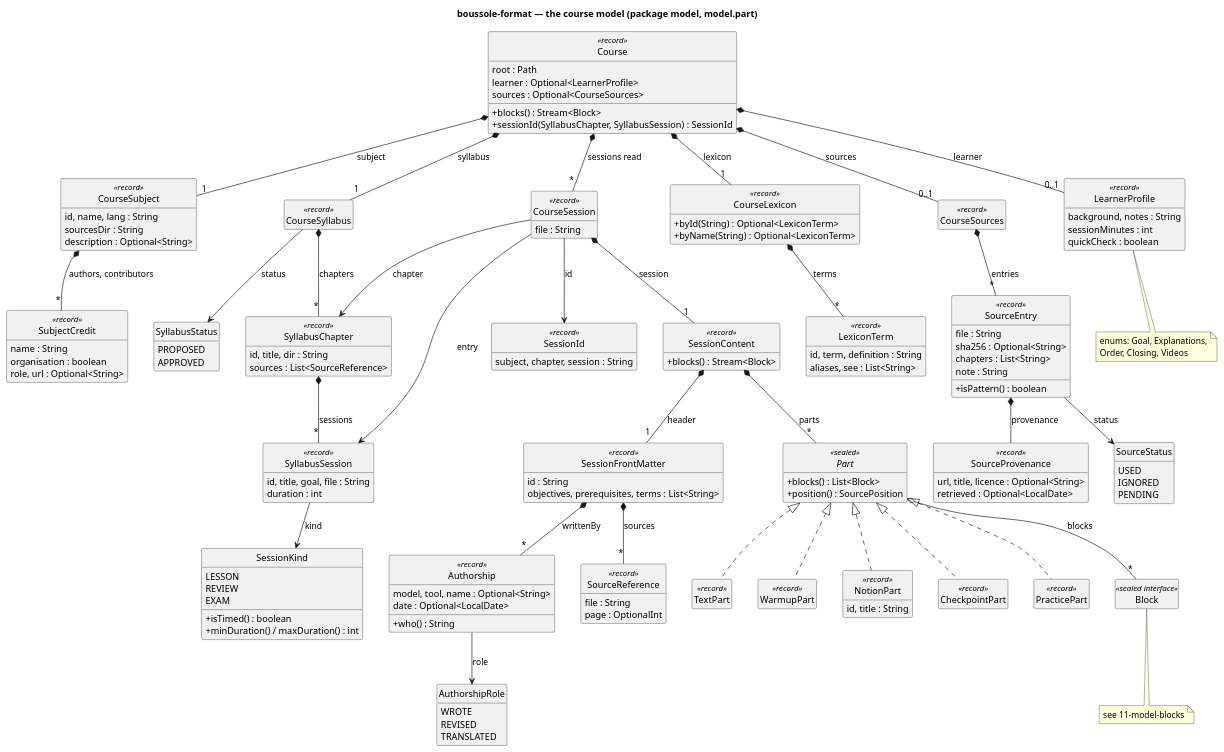
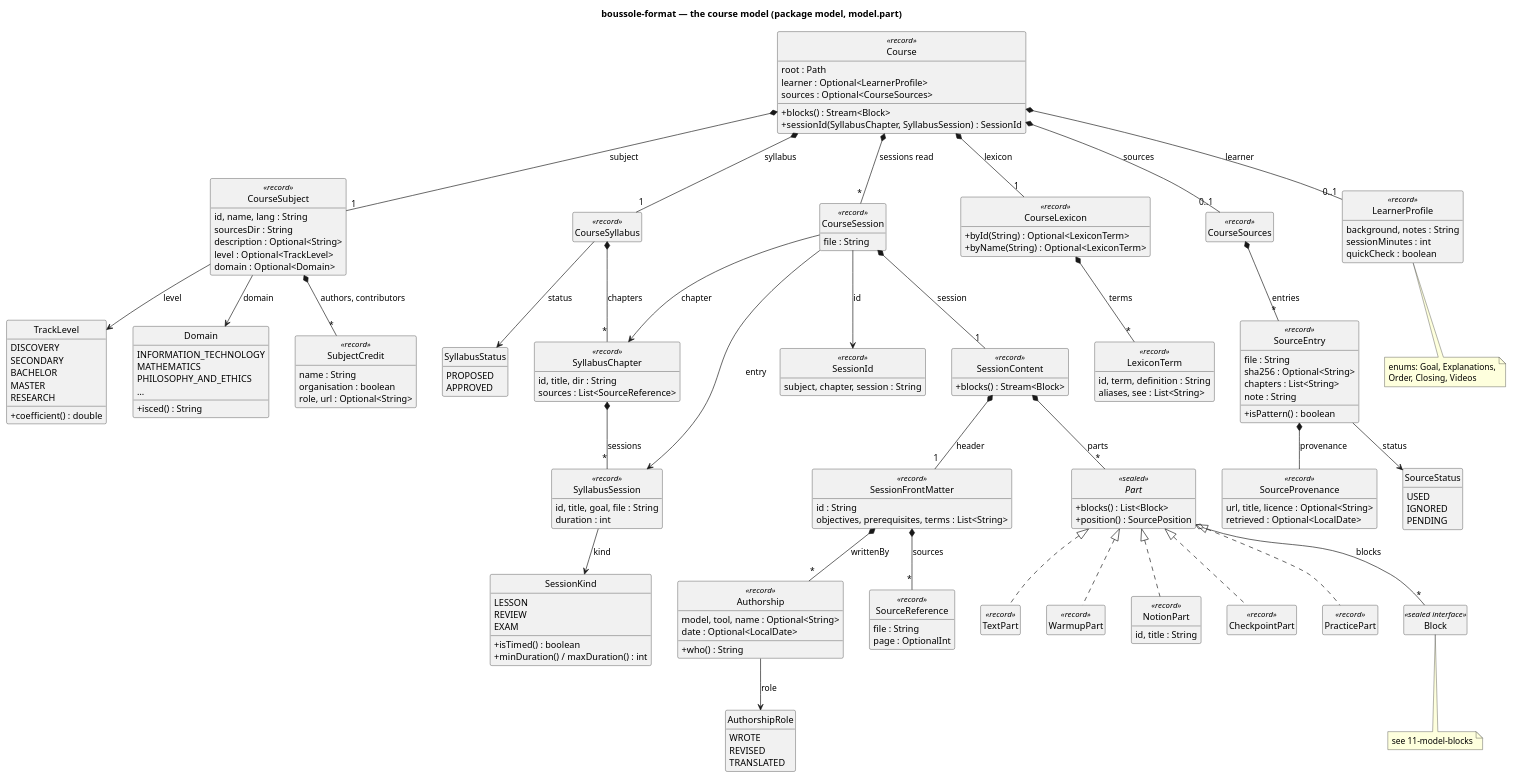
One commit to lucasssoh/Boussole changed the diagram in docs/diagrams/10-model-course.puml. Above: the diagram before and after it, drawn with PlantUML. The commit also changed 36 other files, not shown here.

Commit message:
Format : a track says how demanding it is (level) and its field (domain, from ISCED-F 2013); hook=true marks a hook question of the warmup

```diff
--- a/docs/diagrams/10-model-course.puml
+++ b/docs/diagrams/10-model-course.puml
@@ -1,155 +1,174 @@
 @startuml 10-model-course
 skinparam packageStyle rectangle
 skinparam classAttributeIconSize 0
 skinparam nodesep 40
 skinparam ranksep 50
 hide empty members
 hide circle
 title boussole-format — the course model (package model, model.part)
 
 class Course <<record>> {
   root : Path
   learner : Optional<LearnerProfile>
   sources : Optional<CourseSources>
   +blocks() : Stream<Block>
   +sessionId(SyllabusChapter, SyllabusSession) : SessionId
 }
 class CourseSubject <<record>> {
   id, name, lang : String
   sourcesDir : String
   description : Optional<String>
+  level : Optional<TrackLevel>
+  domain : Optional<Domain>
+}
+enum TrackLevel {
+  DISCOVERY
+  SECONDARY
+  BACHELOR
+  MASTER
+  RESEARCH
+  +coefficient() : double
+}
+enum Domain {
+  INFORMATION_TECHNOLOGY
+  MATHEMATICS
+  PHILOSOPHY_AND_ETHICS
+  …
+  +isced() : String
 }
 class CourseSyllabus <<record>>
 enum SyllabusStatus {
   PROPOSED
   APPROVED
 }
 class SyllabusChapter <<record>> {
   id, title, dir : String
   sources : List<SourceReference>
 }
 class SyllabusSession <<record>> {
   id, title, goal, file : String
   duration : int
 }
 enum SessionKind {
   LESSON
   REVIEW
   EXAM
   +isTimed() : boolean
   +minDuration() / maxDuration() : int
 }
 class SessionId <<record>> {
   subject, chapter, session : String
 }
 class CourseLexicon <<record>> {
   +byId(String) : Optional<LexiconTerm>
   +byName(String) : Optional<LexiconTerm>
 }
 class LexiconTerm <<record>> {
   id, term, definition : String
   aliases, see : List<String>
 }
 class CourseSources <<record>>
 class SourceEntry <<record>> {
   file : String
   sha256 : Optional<String>
   chapters : List<String>
   note : String
   +isPattern() : boolean
 }
 class Authorship <<record>> {
   model, tool, name : Optional<String>
   date : Optional<LocalDate>
   +who() : String
 }
 enum AuthorshipRole {
   WROTE
   REVISED
   TRANSLATED
 }
 class SubjectCredit <<record>> {
   name : String
   organisation : boolean
   role, url : Optional<String>
 }
 class SourceProvenance <<record>> {
   url, title, licence : Optional<String>
   retrieved : Optional<LocalDate>
 }
 enum SourceStatus {
   USED
   IGNORED
   PENDING
 }
 class LearnerProfile <<record>> {
   background, notes : String
   sessionMinutes : int
   quickCheck : boolean
 }
 note bottom of LearnerProfile
   enums: Goal, Explanations,
   Order, Closing, Videos
 end note
 class CourseSession <<record>> {
   file : String
 }
 class SessionContent <<record>> {
   +blocks() : Stream<Block>
 }
 class SessionFrontMatter <<record>> {
   id : String
   objectives, prerequisites, terms : List<String>
 }
 class SourceReference <<record>> {
   file : String
   page : OptionalInt
 }
 
 interface Part <<sealed>> {
   +blocks() : List<Block>
   +position() : SourcePosition
 }
 class TextPart <<record>>
 class WarmupPart <<record>>
 class NotionPart <<record>> {
   id, title : String
 }
 class CheckpointPart <<record>>
 class PracticePart <<record>>
 
 Course *-- "1" CourseSubject : subject
+CourseSubject --> TrackLevel : level
+CourseSubject --> Domain : domain
 Course *-- "1" CourseSyllabus : syllabus
 Course *-- "1" CourseLexicon : lexicon
 Course *-- "0..1" LearnerProfile : learner
 Course *-- "0..1" CourseSources : sources
 CourseSources *-- "*" SourceEntry : entries
 SourceEntry --> SourceStatus : status
 SourceEntry *-- SourceProvenance : provenance
 Course *-- "*" CourseSession : sessions read
 CourseSyllabus *-- "*" SyllabusChapter : chapters
 CourseSyllabus --> SyllabusStatus : status
 SyllabusChapter *-- "*" SyllabusSession : sessions
 SyllabusSession --> SessionKind : kind
 CourseLexicon *-- "*" LexiconTerm : terms
 CourseSession --> SessionId : id
 CourseSession --> SyllabusChapter : chapter
 CourseSession --> SyllabusSession : entry
 CourseSession *-- "1" SessionContent : session
 SessionContent *-- "1" SessionFrontMatter : header
 SessionContent *-- "*" Part : parts
 SessionFrontMatter *-- "*" SourceReference : sources
 Part <|.. TextPart
 Part <|.. WarmupPart
 Part <|.. NotionPart
 Part <|.. CheckpointPart
 Part <|.. PracticePart
 Part o-- "*" Block : blocks
 
 class Block <<sealed interface>>
 note bottom of Block : see 11-model-blocks
 CourseSubject *-- "*" SubjectCredit : authors, contributors
 SessionFrontMatter *-- "*" Authorship : writtenBy
 Authorship --> AuthorshipRole : role
 
 @enduml
```
